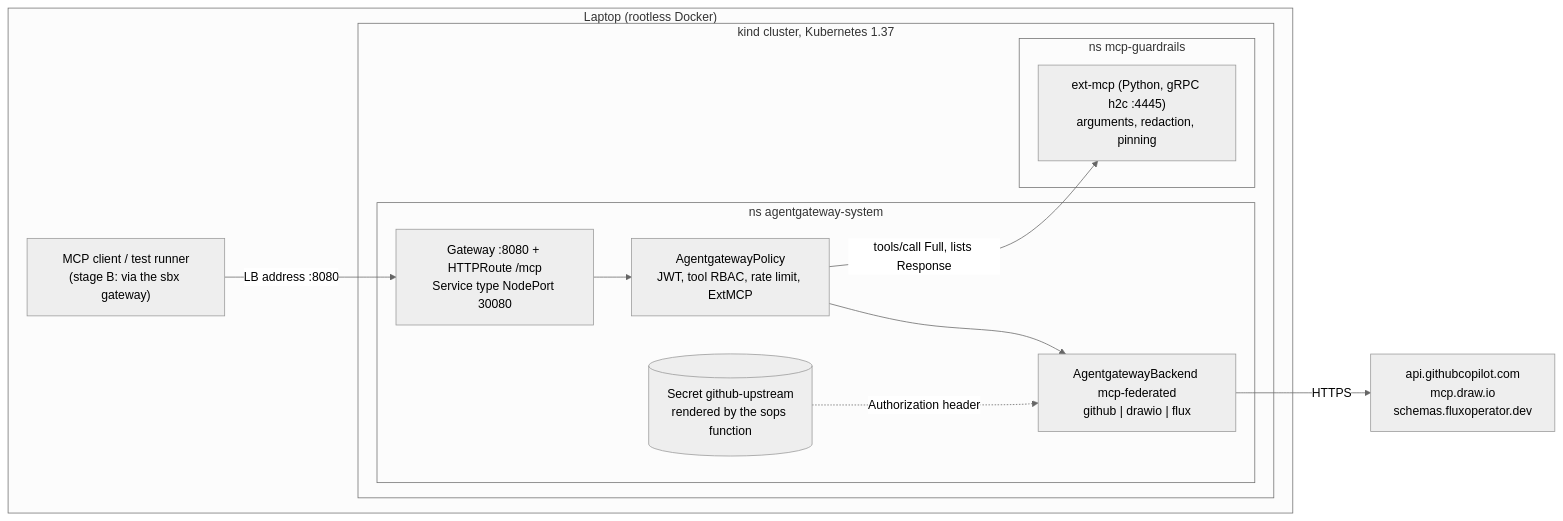
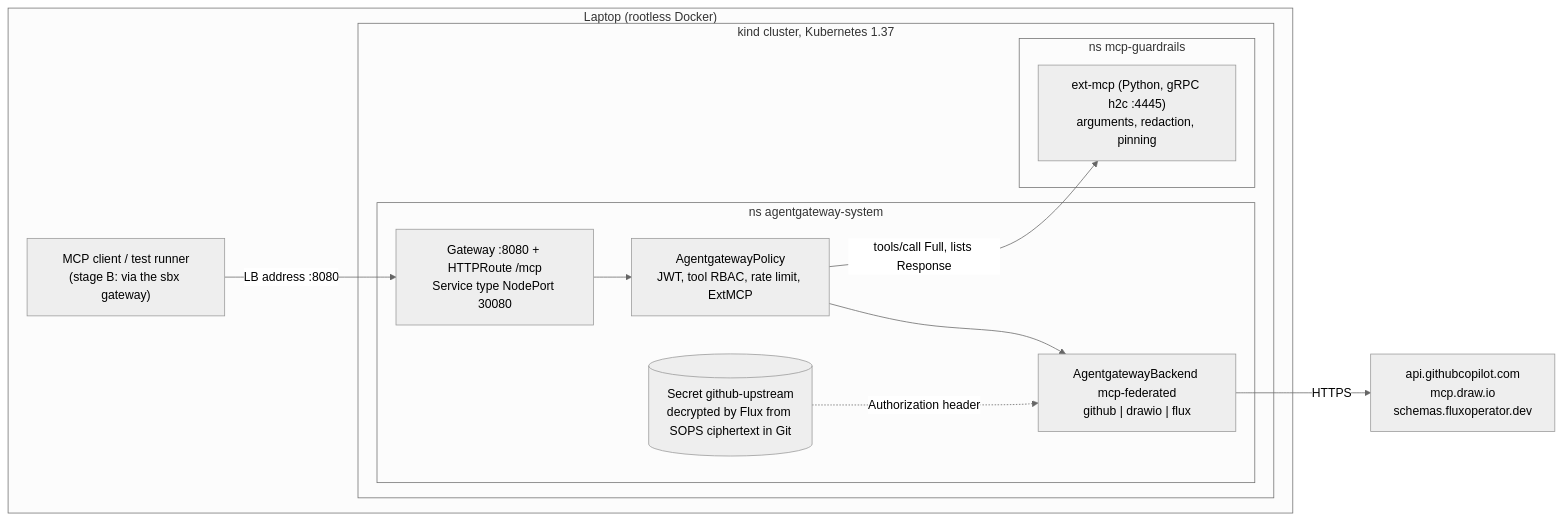
Before and after one commit to raghav19/engineersdaybook: the first of 4 diagrams in code/mcp-sandbox/part-3-mcp-guardrails/README.md, drawn with Mermaid (neutral theme). The commit also changed other lines of this file and 65 other files, not shown here.

````diff
--- a/code/mcp-sandbox/part-3-mcp-guardrails/README.md
+++ b/code/mcp-sandbox/part-3-mcp-guardrails/README.md
@@ -15,22 +21,22 @@
 ```mermaid
 flowchart LR
   subgraph host["Laptop (rootless Docker)"]
     cli["MCP client / test runner<br/>(stage B: via the sbx gateway)"]
     subgraph kind["kind cluster, Kubernetes 1.37"]
       subgraph agw["ns agentgateway-system"]
         gw["Gateway :8080 + HTTPRoute /mcp<br/>Service type NodePort 30080"]
         pol["AgentgatewayPolicy<br/>JWT, tool RBAC, rate limit, ExtMCP"]
         be["AgentgatewayBackend mcp-federated<br/>github | drawio | flux"]
-        sec[("Secret github-upstream<br/>rendered by the sops function")]
+        sec[("Secret github-upstream<br/>decrypted by Flux from SOPS ciphertext in Git")]
       end
       subgraph g["ns mcp-guardrails"]
         ext["ext-mcp (Python, gRPC h2c :4445)<br/>arguments, redaction, pinning"]
       end
     end
   end
   cli -- "LB address :8080" --> gw
   gw --> pol --> be
   pol -- "tools/call Full, lists Response" --> ext
   sec -. "Authorization header" .-> be
   be -- "HTTPS" --> up["api.githubcopilot.com<br/>mcp.draw.io<br/>schemas.fluxoperator.dev"]
 ```
````
